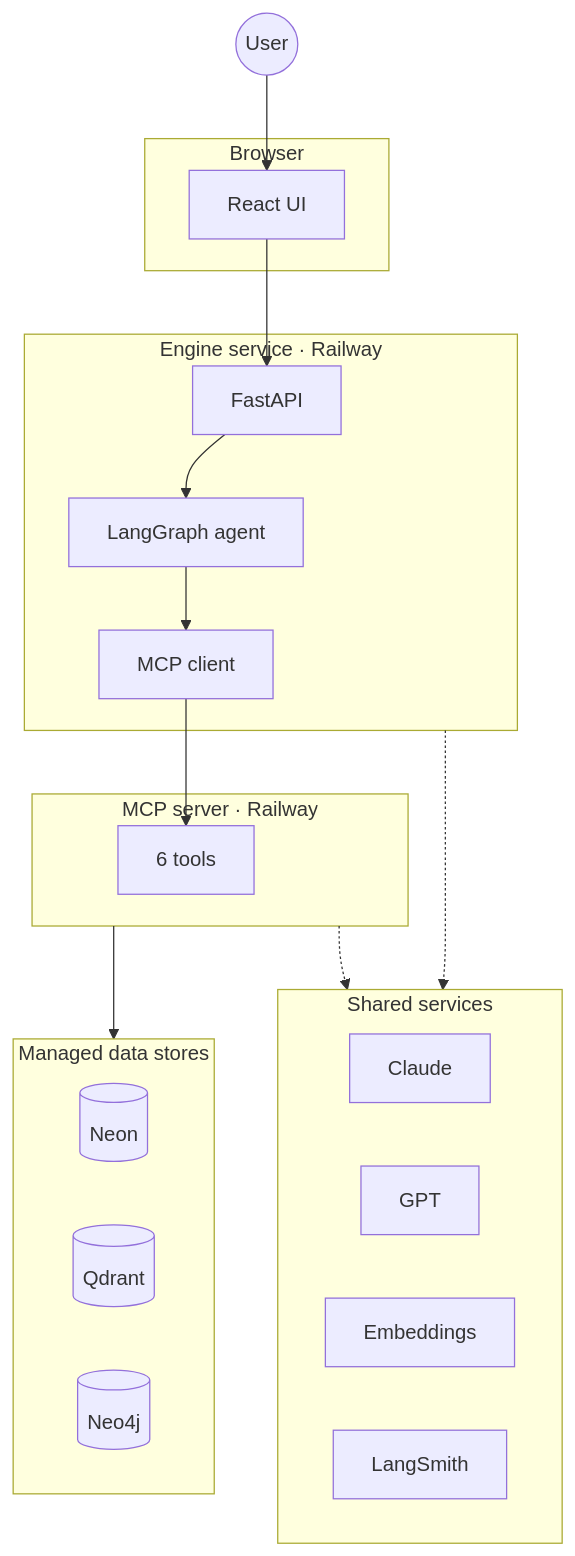
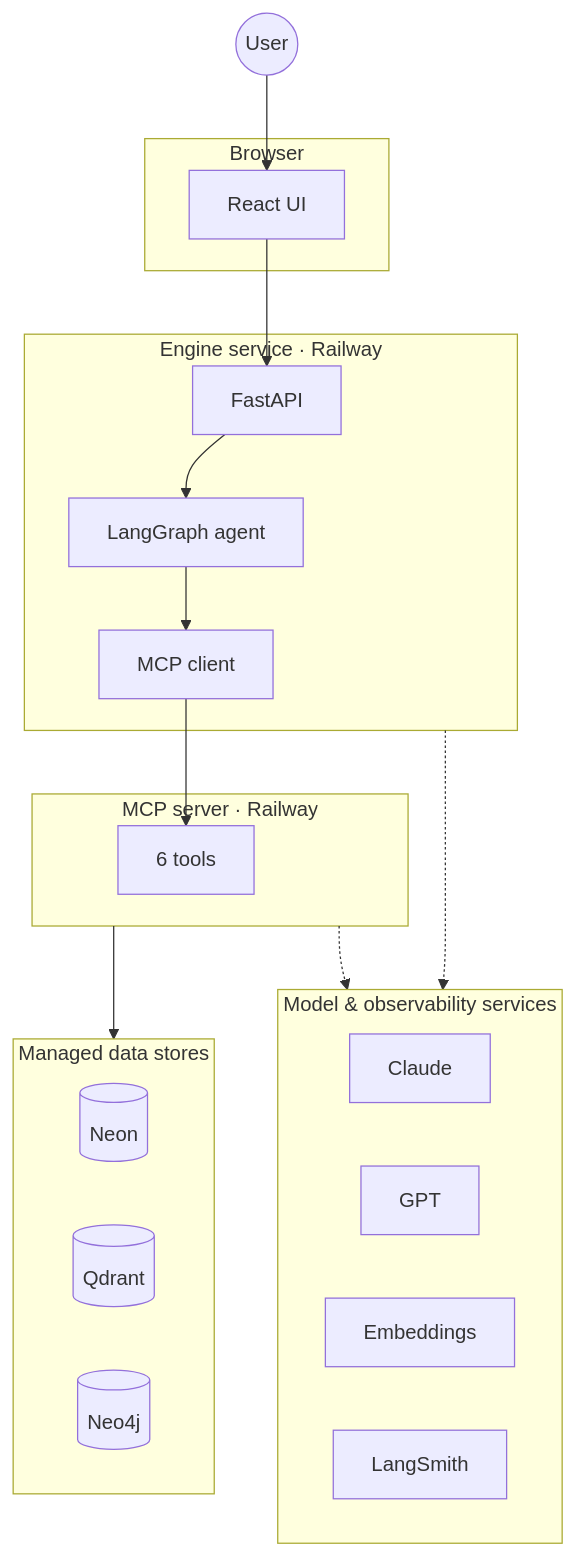
One commit to sazzad-kamal/crm-agentic-mcp-engine changed the fourth of 8 diagrams in README.md. Above: the diagram before and after it, drawn with Mermaid. The commit also changed other lines of this file, not shown here.

Commit message:
D2 + skeleton: rename 'Shared services' -> 'Model & observability services' (accurate; only 2 of 4 were truly shared; parallel with Managed data stores)

````diff
--- a/README.md
+++ b/README.md
@@ -145,39 +145,39 @@
 ```mermaid
 flowchart TB
     User(("User"))
 
     subgraph BROWSER["Browser"]
         UI["React UI"]
     end
 
     subgraph RW1["Engine service · Railway"]
         API["FastAPI"]
         AG["LangGraph agent"]
         MC["MCP client"]
         API --> AG --> MC
     end
 
     subgraph RW2["MCP server · Railway"]
         TL["6 tools"]
     end
 
     subgraph DATA["Managed data stores"]
         PG[("Neon")]
         QDR[("Qdrant")]
         NEO[("Neo4j")]
     end
 
-    subgraph SHARED["Shared services"]
+    subgraph SHARED["Model & observability services"]
         CLA["Claude"]
         GPT["GPT"]
         EMB["Embeddings"]
         OBS["LangSmith"]
     end
 
     User --> UI
     UI --> API
     MC --> TL
     RW2 --> DATA
     RW1 -.-> SHARED
     RW2 -.-> SHARED
 ```
````
